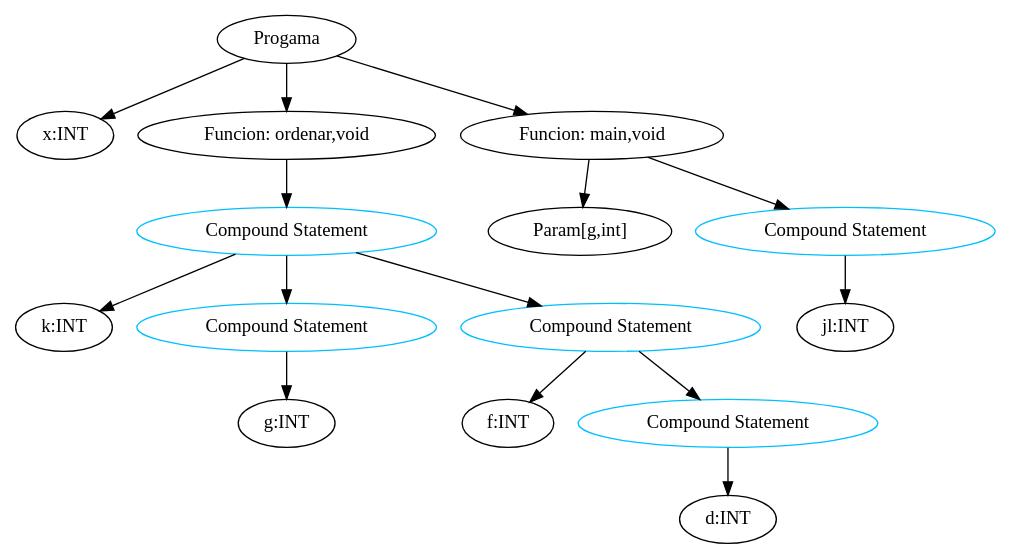
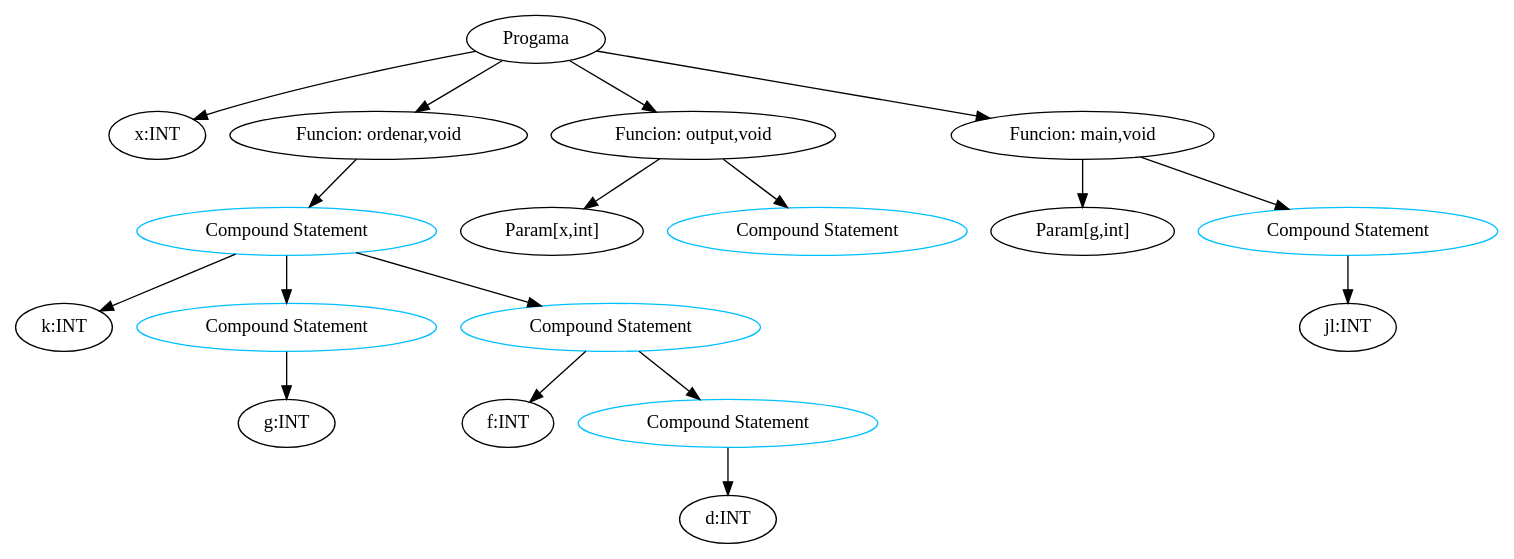
The diagram in Compilador/cod_1.dot (ComoSiempre/Compilador_T3), drawn with Graphviz before and after one commit. The commit also changed 6 other files, not shown here.

```diff
--- a/Compilador/cod_1.dot
+++ b/Compilador/cod_1.dot
@@ -1,31 +1,37 @@
 digraph G { 
 "nodo0"[label="Progama"]; 
 "nodo1"[label="x:INT"]; 
 "nodo0"->"nodo1"; 
 "nodo2"[label="Funcion: ordenar,void"]; 
 "nodo0"->"nodo2"; 
 "nodo3"[label="Compound Statement", color=deepskyblue]; 
 "nodo2"->"nodo3"; 
 "nodo4"[label="k:INT"]; 
 "nodo3"->"nodo4"; 
 "nodo5"[label="Compound Statement", color=deepskyblue]; 
 "nodo3"->"nodo5"; 
 "nodo6"[label="g:INT"]; 
 "nodo5"->"nodo6"; 
 "nodo7"[label="Compound Statement", color=deepskyblue]; 
 "nodo3"->"nodo7"; 
 "nodo8"[label="f:INT"]; 
 "nodo7"->"nodo8"; 
 "nodo9"[label="Compound Statement", color=deepskyblue]; 
 "nodo7"->"nodo9"; 
 "nodo10"[label="d:INT"]; 
 "nodo9"->"nodo10"; 
-"nodo11"[label="Funcion: main,void"]; 
+"nodo11"[label="Funcion: output,void"]; 
 "nodo0"->"nodo11"; 
-"nodo12"[label="Param[g,int]"]; 
+"nodo12"[label="Param[x,int]"]; 
 "nodo11"->"nodo12"; 
 "nodo13"[label="Compound Statement", color=deepskyblue]; 
 "nodo11"->"nodo13"; 
-"nodo14"[label="jl:INT"]; 
-"nodo13"->"nodo14"; 
+"nodo14"[label="Funcion: main,void"]; 
+"nodo0"->"nodo14"; 
+"nodo15"[label="Param[g,int]"]; 
+"nodo14"->"nodo15"; 
+"nodo16"[label="Compound Statement", color=deepskyblue]; 
+"nodo14"->"nodo16"; 
+"nodo17"[label="jl:INT"]; 
+"nodo16"->"nodo17"; 
 }
```
